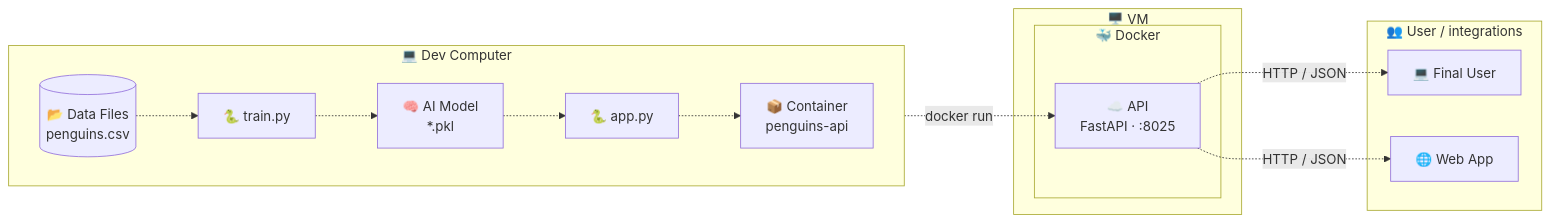
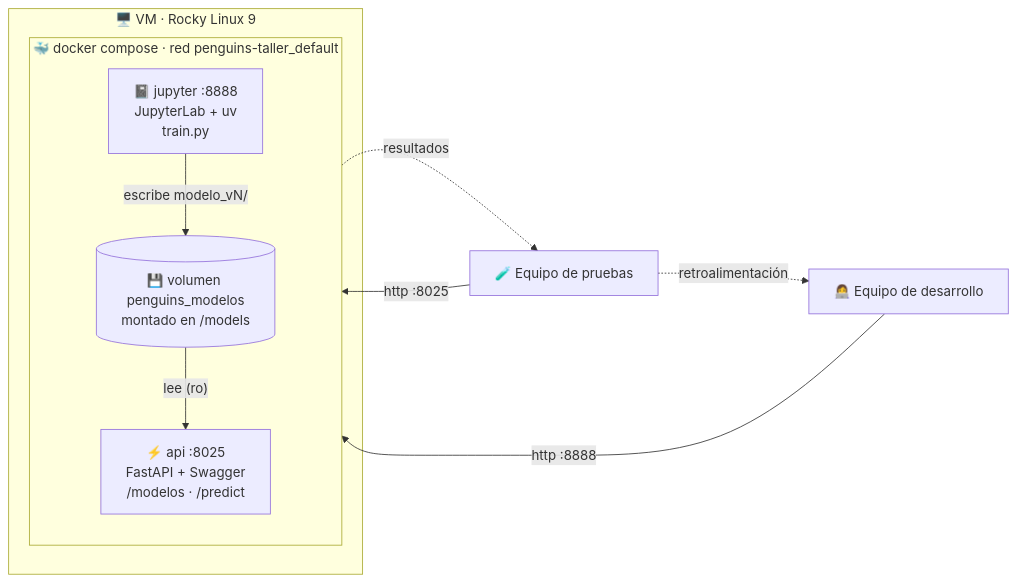
The diagram in README.md (aristotekean/penguins), drawn with Mermaid before and after one commit. The commit also changed other lines of this file and 21 other files, not shown here.

Commit message:
feat: compose con jupyter + api y versionado de modelos en volumen compartido

````diff
--- a/README.md
+++ b/README.md
@@ -50,31 +58,19 @@
 ```mermaid
 flowchart LR
-    subgraph DEV["💻 Dev Computer"]
-        direction LR
-        DATA[("📂 Data Files<br/>penguins.csv")]
-        TRAIN["🐍 train.py"]
-        MODEL["🧠 AI Model<br/>*.pkl"]
-        API["🐍 app.py"]
-        CONTAINER["📦 Container<br/>penguins-api"]
+    subgraph VM["🖥️ VM · Rocky Linux 9"]
+        subgraph COMPOSE["🐳 docker compose · red penguins-taller_default"]
+            direction TB
+            J["📓 jupyter :8888<br/>JupyterLab + uv<br/>train.py"]
+            V[("💾 volumen penguins_modelos<br/>montado en /models")]
+            A["⚡ api :8025<br/>FastAPI + Swagger<br/>/modelos · /predict"]
 
-        DATA -.-> TRAIN
-        TRAIN -.-> MODEL
-        MODEL -.-> API
-        API -.-> CONTAINER
-    end
-
-    subgraph VM["🖥️ VM"]
-        subgraph DOCKER["🐳 Docker"]
-            SERVICE["☁️ API<br/>FastAPI · :8025"]
+            J -- "escribe modelo_vN/" --> V
+            V -- "lee (ro)" --> A
         end
     end
 
-    subgraph USERS["👥 User / integrations"]
-        USER["💻 Final User"]
-        WEBAPP["🌐 Web App"]
-    end
-
-    CONTAINER -.->|docker run| SERVICE
-    SERVICE -.->|HTTP / JSON| USER
-    SERVICE -.->|HTTP / JSON| WEBAPP
+    DEV["👩‍💻 Equipo de desarrollo"] -->|http :8888| J
+    QA["🧪 Equipo de pruebas"] -->|http :8025| A
+    A -.->|resultados| QA
+    QA -.->|retroalimentación| DEV
 ```
````
